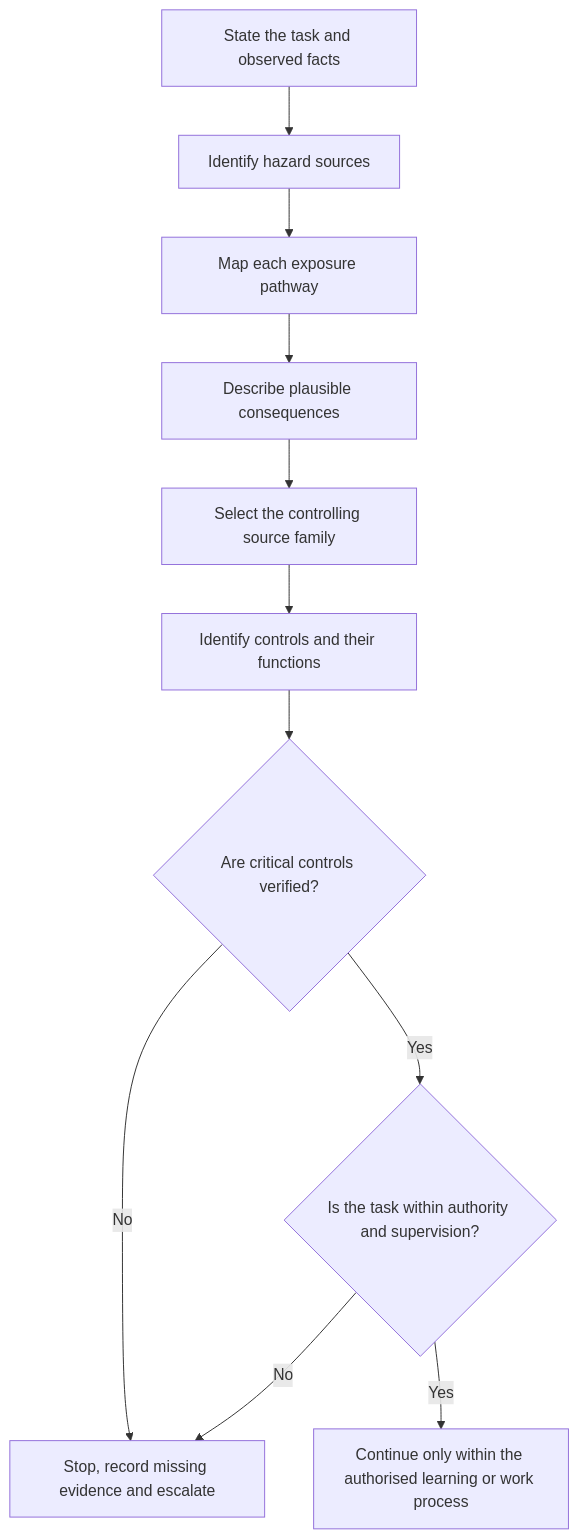
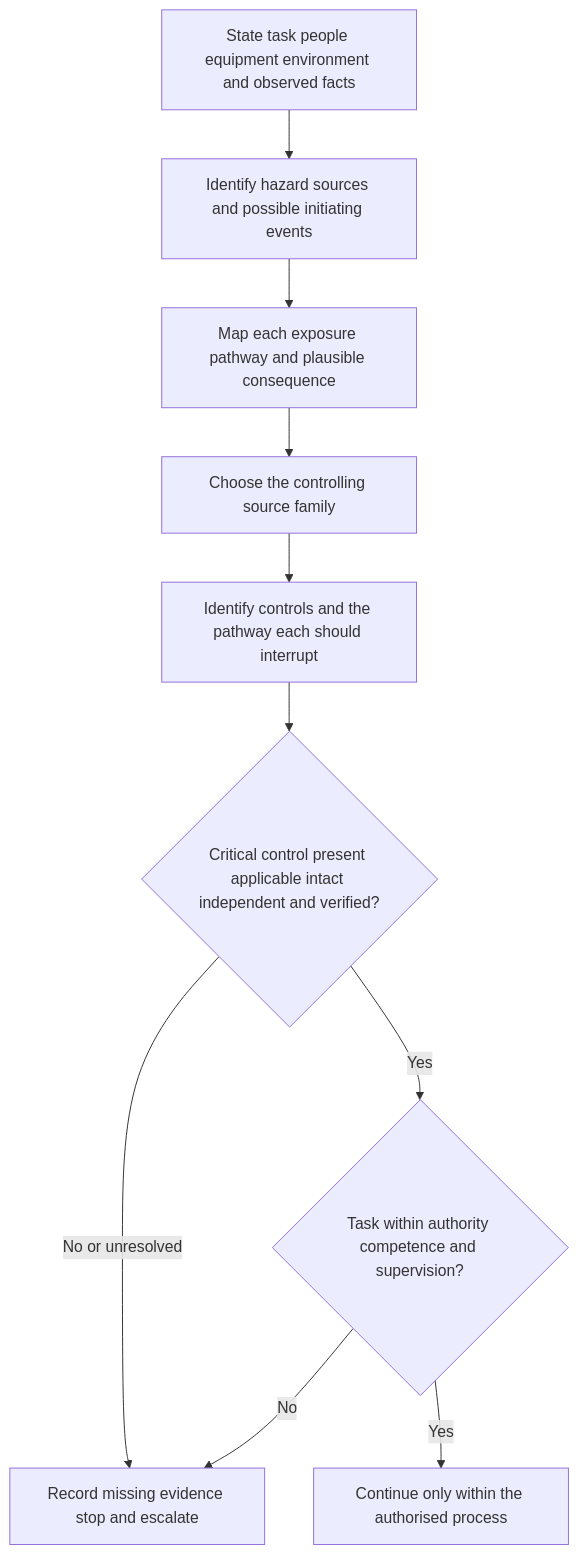
One commit to andrew3stedall/capstone changed the first of 2 diagrams in docs/learning-plans/6-week/modules/day-02-hazard-risk-exposure-and-critical-controls.md. Above: the diagram before and after it, drawn with Mermaid. The commit also changed other lines of this file, not shown here.

Commit message:
Improve Day 2 hazard and critical-control module

````diff
--- a/docs/learning-plans/6-week/modules/day-02-hazard-risk-exposure-and-critical-controls.md
+++ b/docs/learning-plans/6-week/modules/day-02-hazard-risk-exposure-and-critical-controls.md
@@ -135,13 +162,12 @@
 ```mermaid
 flowchart TD
-    A["State the task and observed facts"] --> B["Identify hazard sources"]
-    B --> C["Map each exposure pathway"]
-    C --> D["Describe plausible consequences"]
-    D --> E["Select the controlling source family"]
-    E --> F["Identify controls and their functions"]
-    F --> G{"Are critical controls verified?"}
-    G -->|"No"| H["Stop, record missing evidence and escalate"]
-    G -->|"Yes"| I{"Is the task within authority and supervision?"}
-    I -->|"No"| H
-    I -->|"Yes"| J["Continue only within the authorised learning or work process"]
+    A["State task people equipment environment and observed facts"] --> B["Identify hazard sources and possible initiating events"]
+    B --> C["Map each exposure pathway and plausible consequence"]
+    C --> D["Choose the controlling source family"]
+    D --> E["Identify controls and the pathway each should interrupt"]
+    E --> F{"Critical control present applicable intact independent and verified?"}
+    F -->|"No or unresolved"| G["Record missing evidence stop and escalate"]
+    F -->|"Yes"| H{"Task within authority competence and supervision?"}
+    H -->|"No"| G
+    H -->|"Yes"| I["Continue only within the authorised process"]
 ```
````
